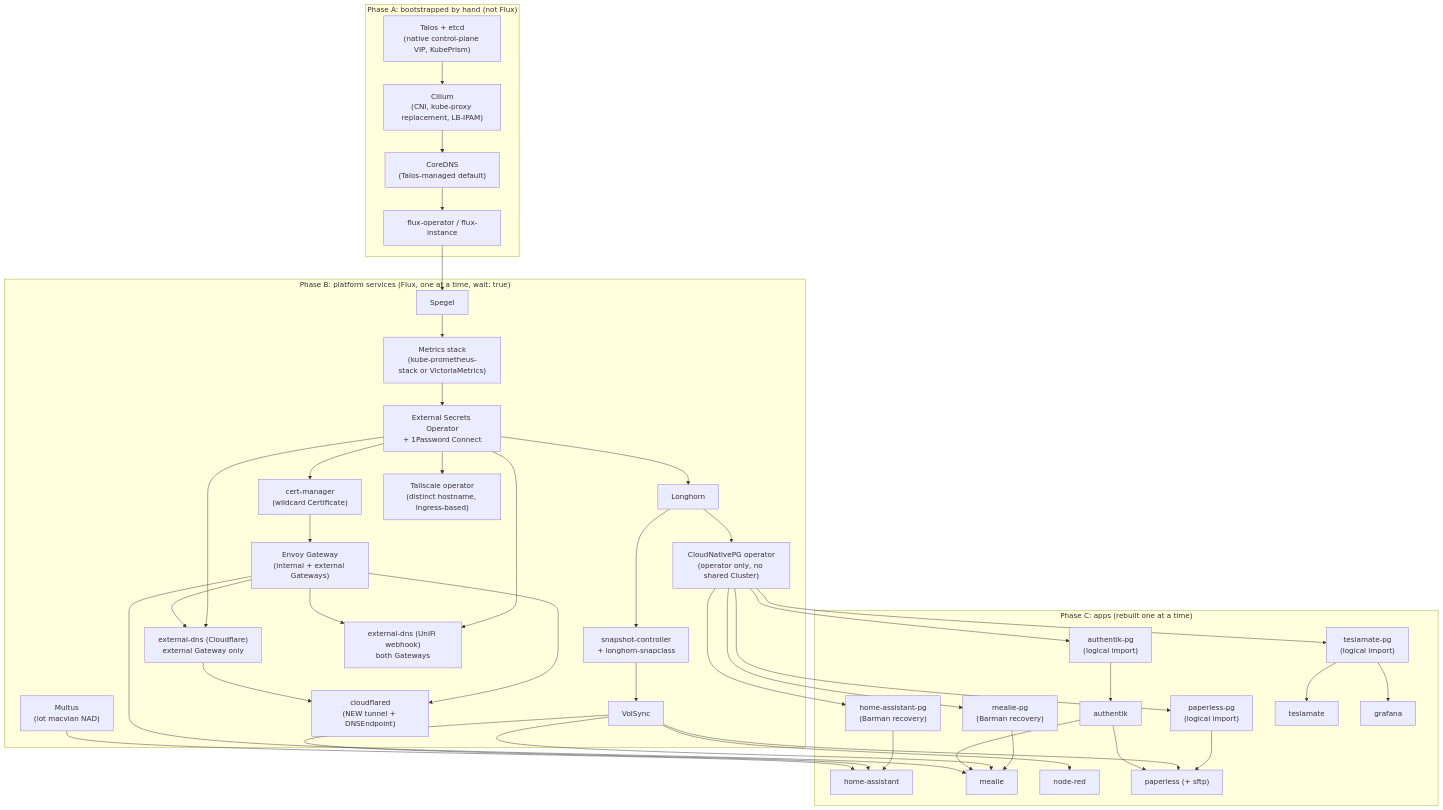
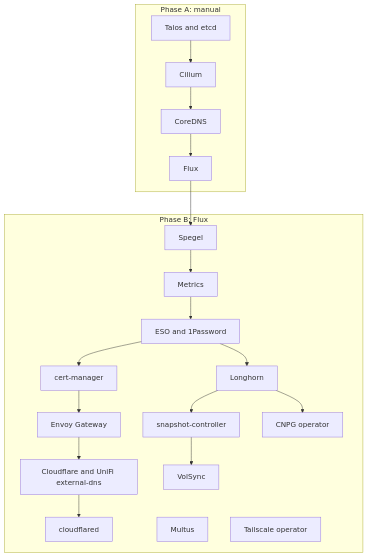
The second of 2 diagrams in plans/20260816-talos-migration.md (evanmoelter/hcc), drawn with Mermaid before and after one commit. The commit also changed other lines of this file, not shown here.

Commit message:
docs: condense Talos migration plan

````diff
--- a/plans/20260816-talos-migration.md
+++ b/plans/20260816-talos-migration.md
@@ -179,71 +103,16 @@
 ```mermaid
 flowchart TD
-    subgraph phaseA["Phase A: bootstrapped by hand (not Flux)"]
-        talos["Talos + etcd<br/>(native control-plane VIP, KubePrism)"]
-        cilium["Cilium<br/>(CNI, kube-proxy replacement, LB-IPAM)"]
-        coredns["CoreDNS<br/>(Talos-managed default)"]
-        flux["flux-operator / flux-instance"]
-        talos --> cilium --> coredns --> flux
+    subgraph A["Phase A: manual"]
+        talos["Talos and etcd"] --> cilium["Cilium"] --> dns["CoreDNS"] --> flux["Flux"]
     end
-
-    subgraph phaseB["Phase B: platform services (Flux, one at a time, wait: true)"]
-        spegel["Spegel"]
-        metrics["Metrics stack<br/>(kube-prometheus-stack or VictoriaMetrics)"]
-        eso["External Secrets Operator<br/>+ 1Password Connect"]
-        certmgr["cert-manager<br/>(wildcard Certificate)"]
-        longhorn["Longhorn"]
-        snapshot["snapshot-controller<br/>+ longhorn-snapclass"]
-        volsync["VolSync"]
-        cnpg["CloudNativePG operator<br/>(operator only, no shared Cluster)"]
-        multus["Multus<br/>(iot macvlan NAD)"]
-        envoy["Envoy Gateway<br/>(internal + external Gateways)"]
-        extdnscf["external-dns (Cloudflare)<br/>external Gateway only"]
-        extdnsunifi["external-dns (UniFi webhook)<br/>both Gateways"]
-        cflared["cloudflared<br/>(NEW tunnel + DNSEndpoint)"]
-        tailscale["Tailscale operator<br/>(distinct hostname, Ingress-based)"]
+    subgraph B["Phase B: Flux"]
+        spegel["Spegel"] --> metrics["Metrics"] --> eso["ESO and 1Password"]
+        eso --> cert["cert-manager"] --> envoy["Envoy Gateway"]
+        eso --> longhorn["Longhorn"] --> snapshots["snapshot-controller"] --> volsync["VolSync"]
+        longhorn --> cnpg["CNPG operator"]
+        envoy --> externaldns["Cloudflare and UniFi external-dns"] --> cloudflared["cloudflared"]
+        multus["Multus"]
+        tailscale["Tailscale operator"]
     end
-
-    flux --> spegel --> metrics --> eso
-    eso --> certmgr
-    eso --> longhorn
-    eso --> extdnscf
-    eso --> extdnsunifi
-    eso --> tailscale
-    longhorn --> snapshot --> volsync
-    longhorn --> cnpg
-    certmgr --> envoy
-    envoy --> extdnscf
-    envoy --> extdnsunifi
-    envoy --> cflared
-    extdnscf --> cflared
-
-    subgraph phaseC["Phase C: apps (rebuilt one at a time)"]
-        authpg["authentik-pg<br/>(logical import)"]
-        authentik["authentik"]
-        hasspg["home-assistant-pg<br/>(Barman recovery)"]
-        hass["home-assistant"]
-        mealiepg["mealie-pg<br/>(Barman recovery)"]
-        mealie["mealie"]
-        nodered["node-red"]
-        paperlesspg["paperless-pg<br/>(logical import)"]
-        paperless["paperless (+ sftp)"]
-        tmpg["teslamate-pg<br/>(logical import)"]
-        teslamate["teslamate"]
-        grafana["grafana"]
-    end
-
-    cnpg --> authpg --> authentik
-    cnpg --> paperlesspg --> paperless
-    cnpg --> tmpg --> teslamate
-    cnpg --> mealiepg --> mealie
-    cnpg --> hasspg --> hass
-    volsync --> hass
-    volsync --> mealie
-    volsync --> nodered
-    volsync --> paperless
-    multus --> hass
-    authentik --> mealie
-    authentik --> paperless
-    tmpg --> grafana
-    envoy --> mealie
+    flux --> spegel
 ```
````
